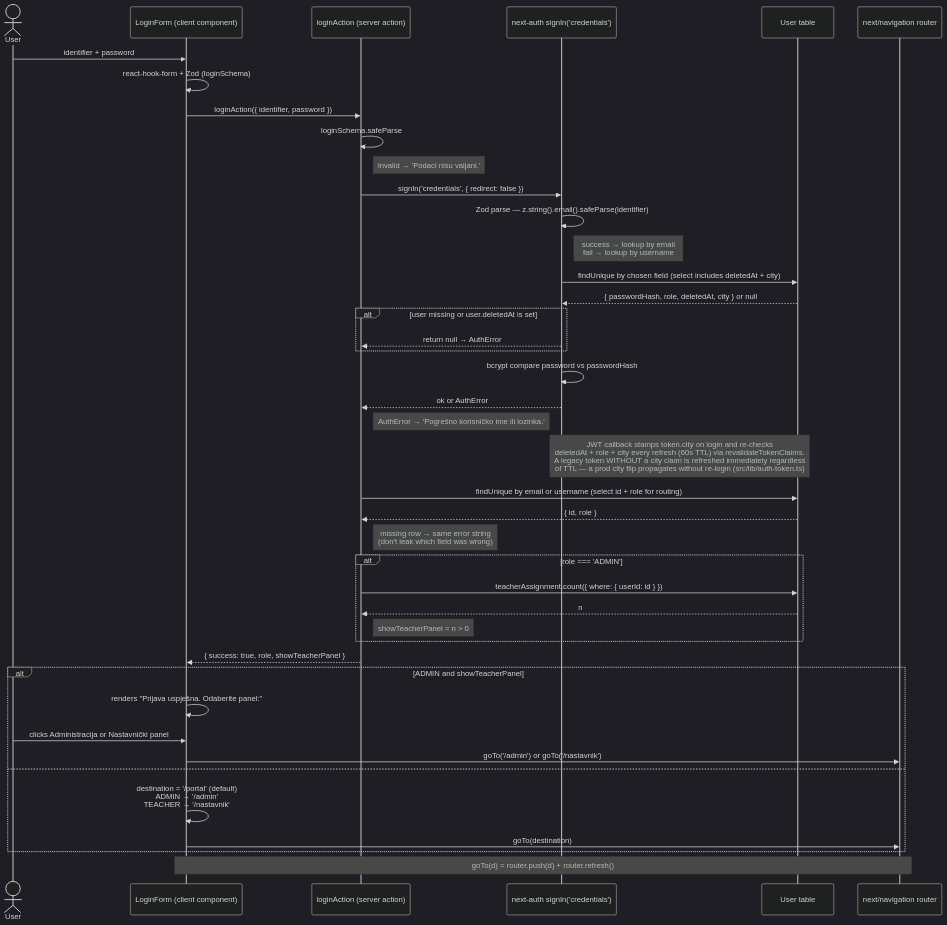
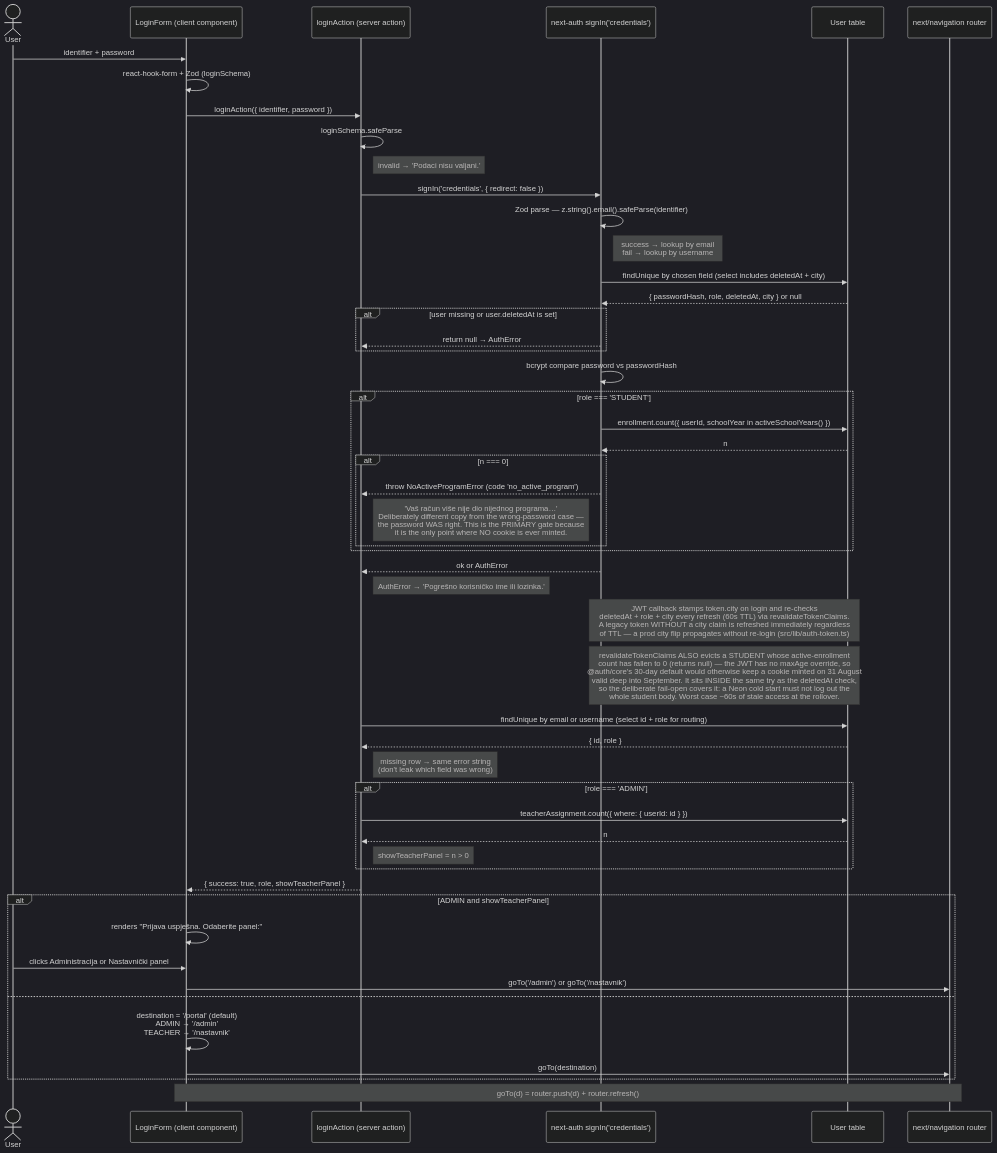
One commit to jpucic00/inovatic changed the first of 3 diagrams in docs/diagrams/role-based-login.md. Above: the diagram before and after it, drawn with Mermaid (dark theme). The commit also changed other lines of this file and 73 other files, not shown here.

````diff
--- a/docs/diagrams/role-based-login.md
+++ b/docs/diagrams/role-based-login.md
@@ -20,51 +22,60 @@
 ```mermaid
 sequenceDiagram
     actor User
     participant Form as LoginForm (client component)
     participant Action as loginAction (server action)
     participant Auth as next-auth signIn('credentials')
     participant DB as User table
     participant Router as next/navigation router
 
     User->>Form: identifier + password
     Form->>Form: react-hook-form + Zod (loginSchema)
     Form->>Action: loginAction({ identifier, password })
 
     Action->>Action: loginSchema.safeParse
     Note right of Action: invalid → 'Podaci nisu valjani.'
 
     Action->>Auth: signIn('credentials', { redirect: false })
     Auth->>Auth: Zod parse — z.string().email().safeParse(identifier)
     Note right of Auth: success → lookup by email<br/>fail → lookup by username
     Auth->>DB: findUnique by chosen field (select includes deletedAt + city)
     DB-->>Auth: { passwordHash, role, deletedAt, city } or null
     alt user missing or user.deletedAt is set
         Auth-->>Action: return null → AuthError
     end
     Auth->>Auth: bcrypt compare password vs passwordHash
+    alt role === 'STUDENT'
+        Auth->>DB: enrollment.count({ userId, schoolYear in activeSchoolYears() })
+        DB-->>Auth: n
+        alt n === 0
+            Auth-->>Action: throw NoActiveProgramError (code 'no_active_program')
+            Note right of Action: 'Vaš račun više nije dio nijednog programa…'<br/>Deliberately different copy from the wrong-password case —<br/>the password WAS right. This is the PRIMARY gate because<br/>it is the only point where NO cookie is ever minted.
+        end
+    end
     Auth-->>Action: ok or AuthError
     Note right of Action: AuthError → 'Pogrešno korisničko ime ili lozinka.'
     Note over Auth,DB: JWT callback stamps token.city on login and re-checks<br/>deletedAt + role + city every refresh (60s TTL) via revalidateTokenClaims.<br/>A legacy token WITHOUT a city claim is refreshed immediately regardless<br/>of TTL — a prod city flip propagates without re-login (src/lib/auth-token.ts)
+    Note over Auth,DB: revalidateTokenClaims ALSO evicts a STUDENT whose active-enrollment<br/>count has fallen to 0 (returns null) — the JWT has no maxAge override, so<br/>@auth/core's 30-day default would otherwise keep a cookie minted on 31 August<br/>valid deep into September. It sits INSIDE the same try as the deletedAt check,<br/>so the deliberate fail-open covers it: a Neon cold start must not log out the<br/>whole student body. Worst case ~60s of stale access at the rollover.
 
     Action->>DB: findUnique by email or username (select id + role for routing)
     DB-->>Action: { id, role }
     Note right of Action: missing row → same error string<br/>(don't leak which field was wrong)
 
     alt role === 'ADMIN'
         Action->>DB: teacherAssignment.count({ where: { userId: id } })
         DB-->>Action: n
         Note right of Action: showTeacherPanel = n > 0
     end
 
     Action-->>Form: { success: true, role, showTeacherPanel }
 
     alt ADMIN and showTeacherPanel
         Form->>Form: renders "Prijava uspješna. Odaberite panel:"
         User->>Form: clicks Administracija or Nastavnički panel
         Form->>Router: goTo('/admin') or goTo('/nastavnik')
     else
         Form->>Form: destination = '/portal' (default)<br/>ADMIN → '/admin'<br/>TEACHER → '/nastavnik'
         Form->>Router: goTo(destination)
     end
     Note over Form,Router: goTo(d) = router.push(d) + router.refresh()
 ```
````
